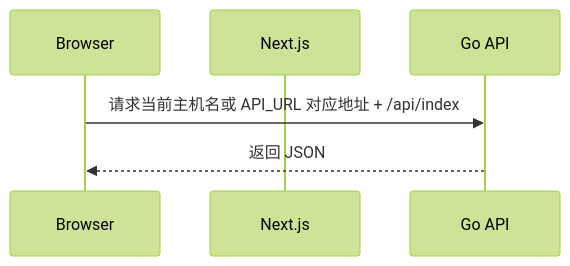
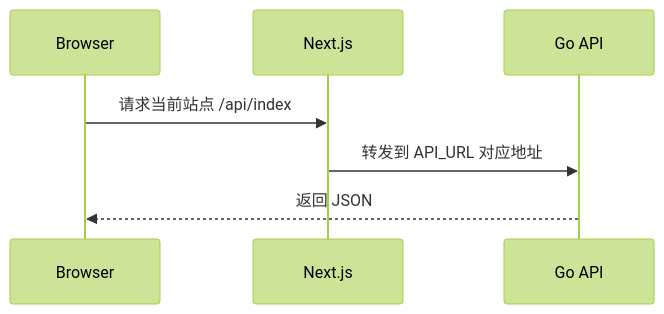
One commit to fe-spark/EcoHub changed the second of 2 diagrams in web/README.md. Above: the diagram before and after it, drawn with Mermaid (forest theme). The commit also changed other lines of this file and 108 other files, not shown here.

````diff
--- a/web/README.md
+++ b/web/README.md
@@ -85,9 +99,10 @@
 ```mermaid
 sequenceDiagram
     participant Browser
     participant Next as Next.js
     participant API as Go API
 
-    Browser->>API: 请求当前主机名或 API_URL 对应地址 + /api/index
+    Browser->>Next: 请求当前站点 /api/index
+    Next->>API: 转发到 API_URL 对应地址
     API-->>Browser: 返回 JSON
 ```
````
